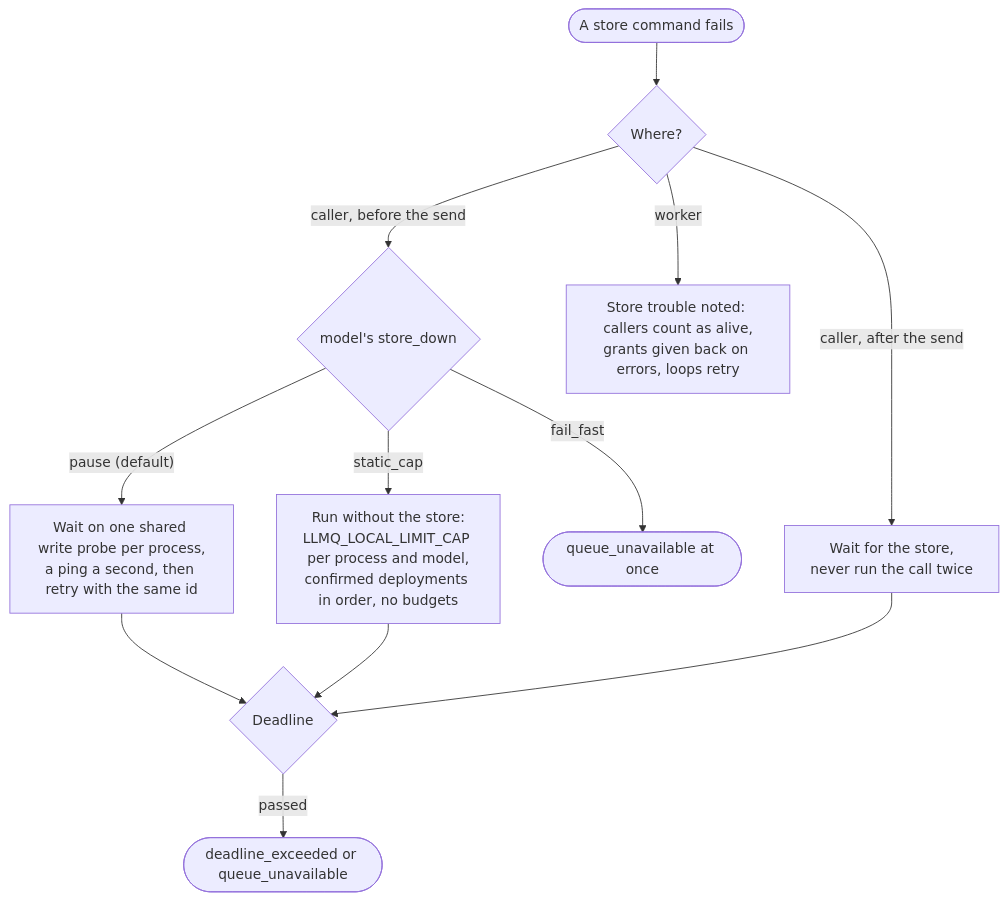
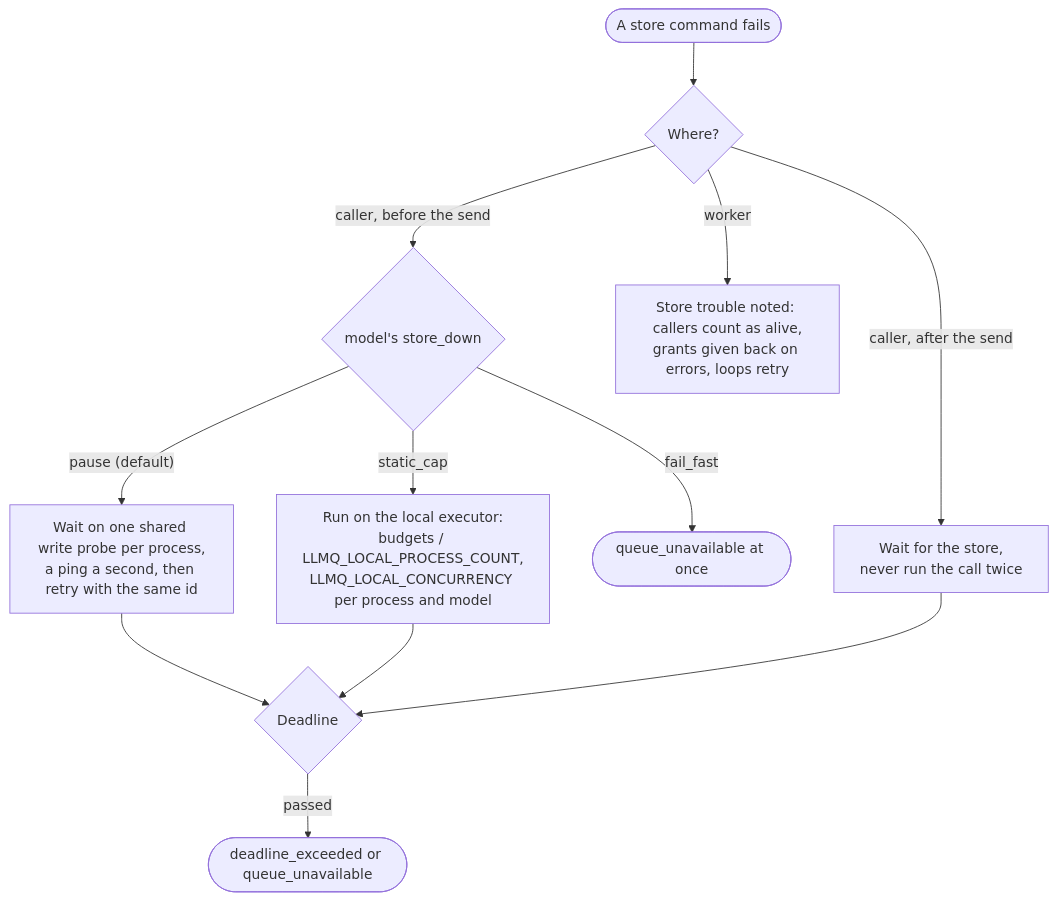
Diagram 12 of 17 in docs/explanation/call-lifecycle.md (techiewonk/llm-queue), drawn with Mermaid before and after one commit. The commit also changed other lines of this file and 11 other files, not shown here.

````diff
--- a/docs/explanation/call-lifecycle.md
+++ b/docs/explanation/call-lifecycle.md
@@ -487,12 +487,12 @@
 ```mermaid
 flowchart TD
   X([A store command fails]) --> Y{Where?}
   Y -- "caller, before the send" --> SD{model's store_down}
   SD -- "pause (default)" --> SP[Wait on one shared write probe per process,<br/>a ping a second, then retry with the same id]
-  SD -- static_cap --> SC[Run without the store:<br/>LLMQ_LOCAL_LIMIT_CAP per process and model,<br/>confirmed deployments in order, no budgets]
+  SD -- static_cap --> SC[Run on the local executor:<br/>budgets / LLMQ_LOCAL_PROCESS_COUNT,<br/>LLMQ_LOCAL_CONCURRENCY per process and model]
   SD -- fail_fast --> SF([queue_unavailable at once])
   Y -- "caller, after the send" --> SW[Wait for the store,<br/>never run the call twice]
   Y -- worker --> WT[Store trouble noted: callers count as alive,<br/>grants given back on errors, loops retry]
   SP & SC & SW --> DL{Deadline}
   DL -- passed --> DE([deadline_exceeded or queue_unavailable])
 ```
````
